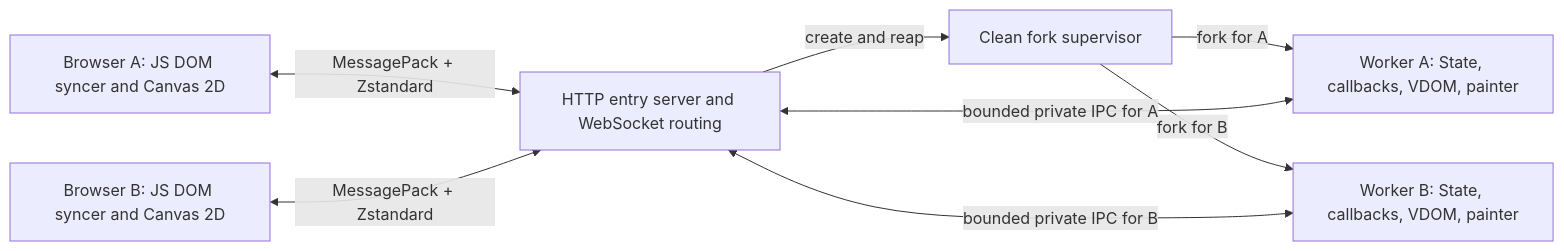
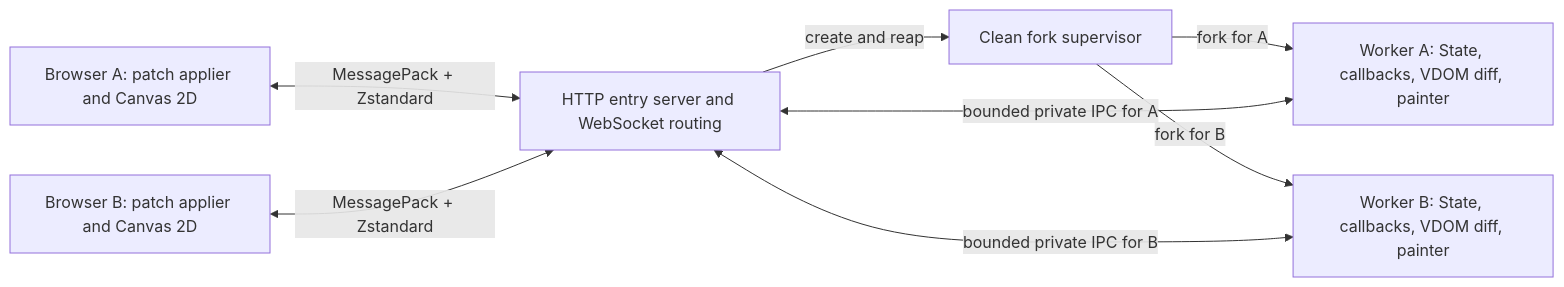
The diagram in doc/web-progress.md (buganini/PUI), drawn with Mermaid before and after one commit. The commit also changed other lines of this file and 5 other files, not shown here.

````diff
--- a/doc/web-progress.md
+++ b/doc/web-progress.md
@@ -25,16 +28,16 @@
 ```mermaid
 flowchart LR
-    A[Browser A: JS DOM syncer and Canvas 2D]
-    B[Browser B: JS DOM syncer and Canvas 2D]
+    A[Browser A: patch applier and Canvas 2D]
+    B[Browser B: patch applier and Canvas 2D]
     H[HTTP entry server and WebSocket routing]
     F[Clean fork supervisor]
-    W1[Worker A: State, callbacks, VDOM, painter]
-    W2[Worker B: State, callbacks, VDOM, painter]
+    W1[Worker A: State, callbacks, VDOM diff, painter]
+    W2[Worker B: State, callbacks, VDOM diff, painter]
     A <-->|MessagePack + Zstandard| H
     B <-->|MessagePack + Zstandard| H
     H -->|create and reap| F
     F -->|fork for A| W1
     F -->|fork for B| W2
     H <-->|bounded private IPC for A| W1
     H <-->|bounded private IPC for B| W2
 ```
````
